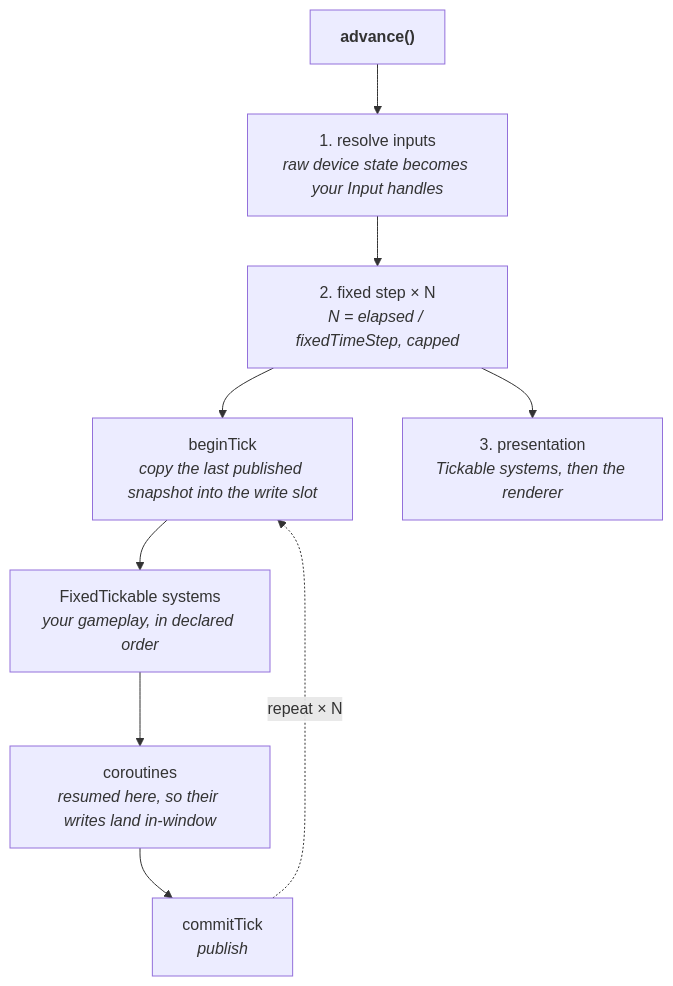
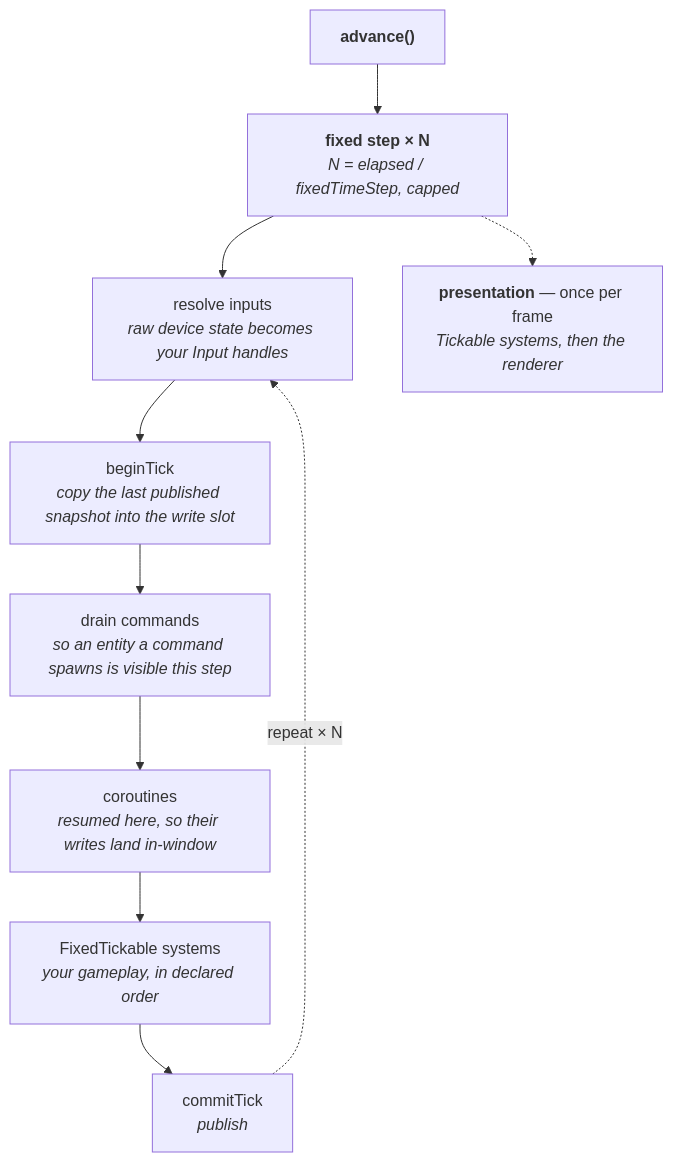
The second of 2 diagrams in docs/guide/architecture.md (sunarya-thito/good), drawn with Mermaid before and after one commit. The commit also changed other lines of this file and 17 other files, not shown here.

````diff
--- a/docs/guide/architecture.md
+++ b/docs/guide/architecture.md
@@ -118,11 +119,12 @@
 ```mermaid
 flowchart TD
-    A["<b>advance()</b>"] --> B["1. resolve inputs<br/><i>raw device state becomes your Input handles</i>"]
-    B --> C["2. fixed step × N<br/><i>N = elapsed / fixedTimeStep, capped</i>"]
-    C --> C1["beginTick<br/><i>copy the last published snapshot into the write slot</i>"]
-    C1 --> C2["FixedTickable systems<br/><i>your gameplay, in declared order</i>"]
+    A["<b>advance()</b>"] --> C["<b>fixed step × N</b><br/><i>N = elapsed / fixedTimeStep, capped</i>"]
+    C --> C0["resolve inputs<br/><i>raw device state becomes your Input handles</i>"]
+    C0 --> C1["beginTick<br/><i>copy the last published snapshot into the write slot</i>"]
+    C1 --> C2["drain commands<br/><i>so an entity a command spawns is visible this step</i>"]
     C2 --> C3["coroutines<br/><i>resumed here, so their writes land in-window</i>"]
-    C3 --> C4["commitTick<br/><i>publish</i>"]
-    C4 -.->|"repeat × N"| C1
-    C --> D["3. presentation<br/><i>Tickable systems, then the renderer</i>"]
+    C3 --> C4["FixedTickable systems<br/><i>your gameplay, in declared order</i>"]
+    C4 --> C5["commitTick<br/><i>publish</i>"]
+    C5 -.->|"repeat × N"| C0
+    C -.-> D["<b>presentation</b> — once per frame<br/><i>Tickable systems, then the renderer</i>"]
 ```
````
